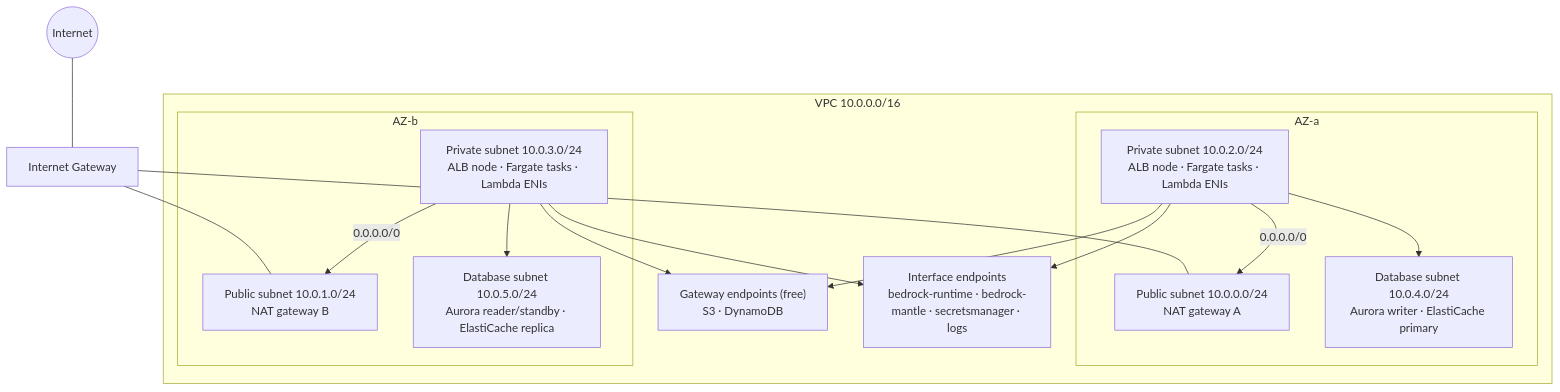
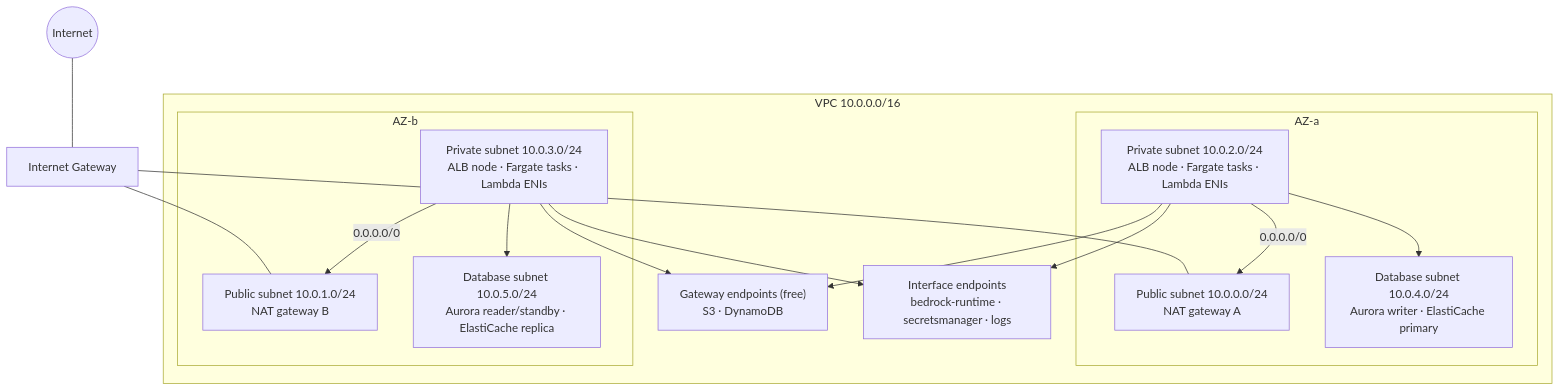
The second of 6 diagrams in docs/architecture/production-upgrade.md (msajjauddin/enterprise-rag-app-on-aws), drawn with Mermaid before and after one commit. The commit also changed other lines of this file and 19 other files, not shown here.

````diff
--- a/docs/architecture/production-upgrade.md
+++ b/docs/architecture/production-upgrade.md
@@ -81,30 +81,30 @@
 ```mermaid
 flowchart TB
     internet(("Internet")) --- igw["Internet Gateway"]
 
     subgraph vpc["VPC 10.0.0.0/16"]
         subgraph aza["AZ-a"]
             pubA["Public subnet 10.0.0.0/24<br/>NAT gateway A"]
             privA["Private subnet 10.0.2.0/24<br/>ALB node · Fargate tasks · Lambda ENIs"]
             dbA["Database subnet 10.0.4.0/24<br/>Aurora writer · ElastiCache primary"]
         end
         subgraph azb["AZ-b"]
             pubB["Public subnet 10.0.1.0/24<br/>NAT gateway B"]
             privB["Private subnet 10.0.3.0/24<br/>ALB node · Fargate tasks · Lambda ENIs"]
             dbB["Database subnet 10.0.5.0/24<br/>Aurora reader/standby · ElastiCache replica"]
         end
         gwe["Gateway endpoints (free)<br/>S3 · DynamoDB"]
-        ife["Interface endpoints<br/>bedrock-runtime · bedrock-mantle · secretsmanager · logs"]
+        ife["Interface endpoints<br/>bedrock-runtime · secretsmanager · logs"]
     end
 
     igw --- pubA
     igw --- pubB
     privA -->|0.0.0.0/0| pubA
     privB -->|0.0.0.0/0| pubB
     privA --> dbA
     privB --> dbB
     privA --> gwe
     privB --> gwe
     privA --> ife
     privB --> ife
 ```
````
